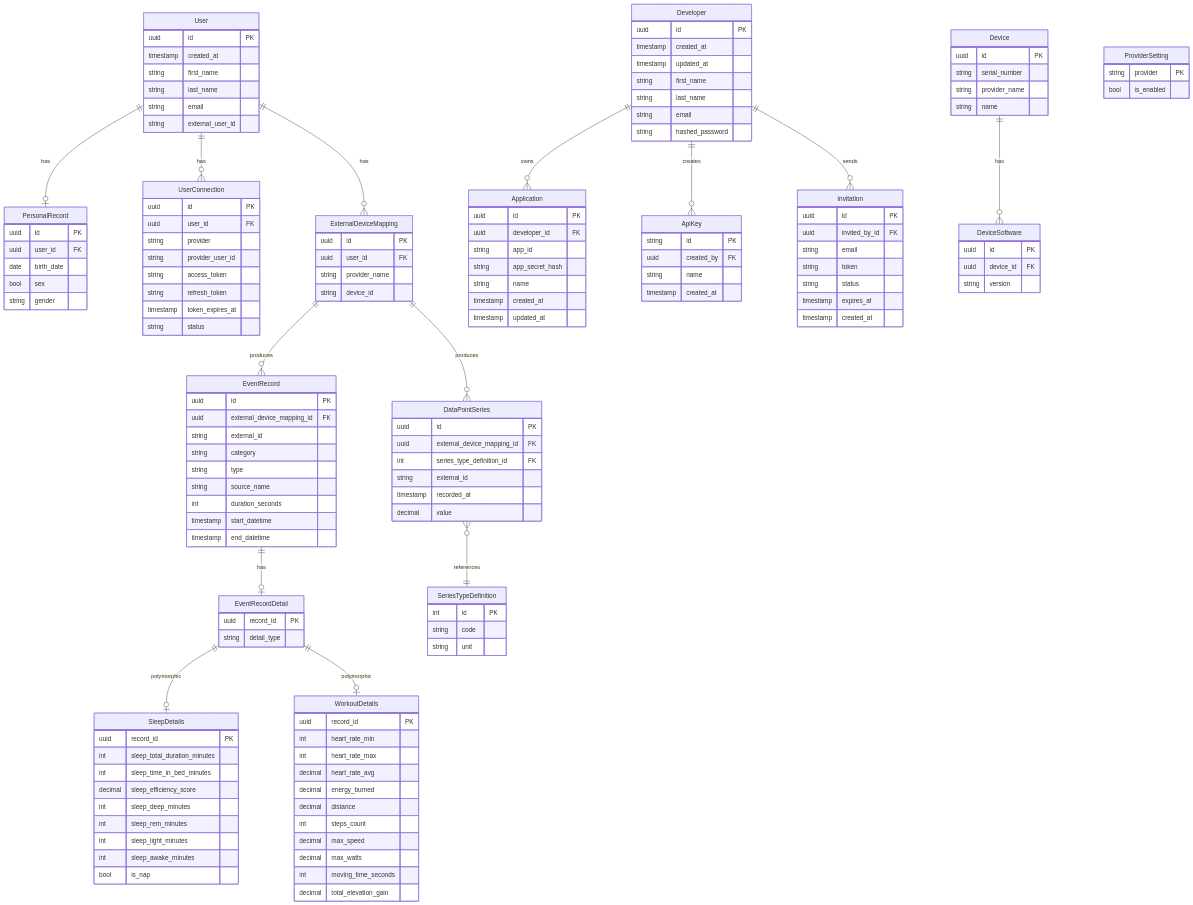
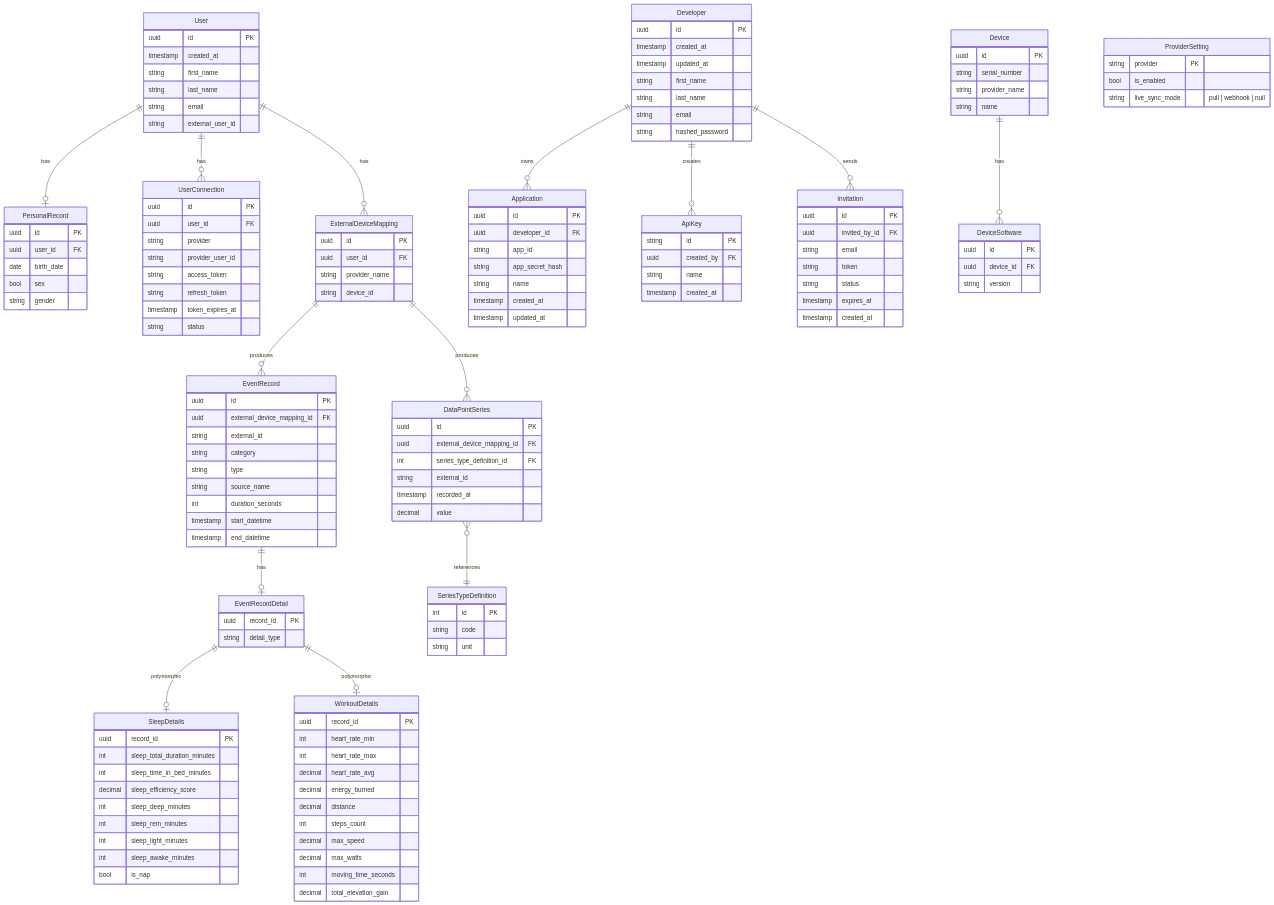
One commit to Aamrut-Inc/AyuOS changed the diagram in services/wearables/docs/architecture/unified-data-model.mdx. Above: the diagram before and after it, drawn with Mermaid. The commit also changed 60 other files, not shown here.

````diff
--- a/services/wearables/docs/architecture/unified-data-model.mdx
+++ b/services/wearables/docs/architecture/unified-data-model.mdx
@@ -218,5 +218,6 @@
     ProviderSetting {
         string provider PK
         bool is_enabled
+        string live_sync_mode "pull | webhook | null"
     }
 ```
````
